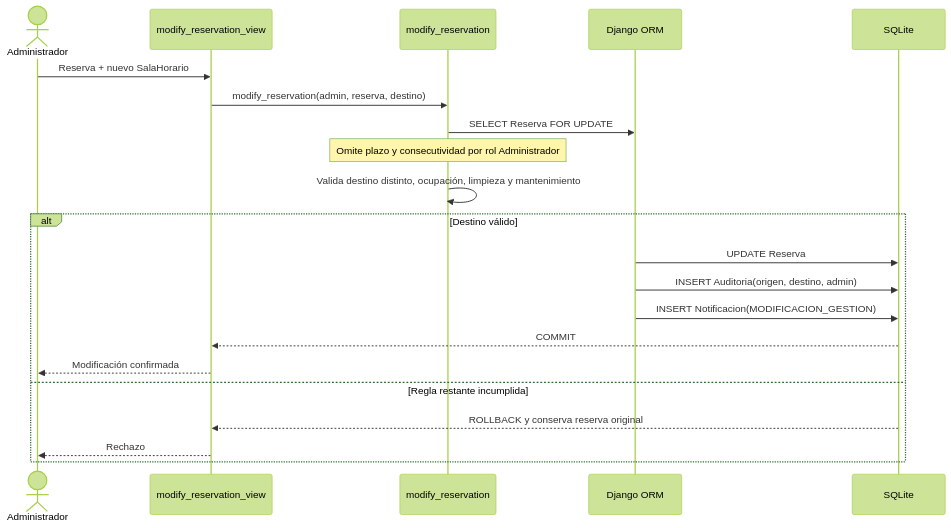
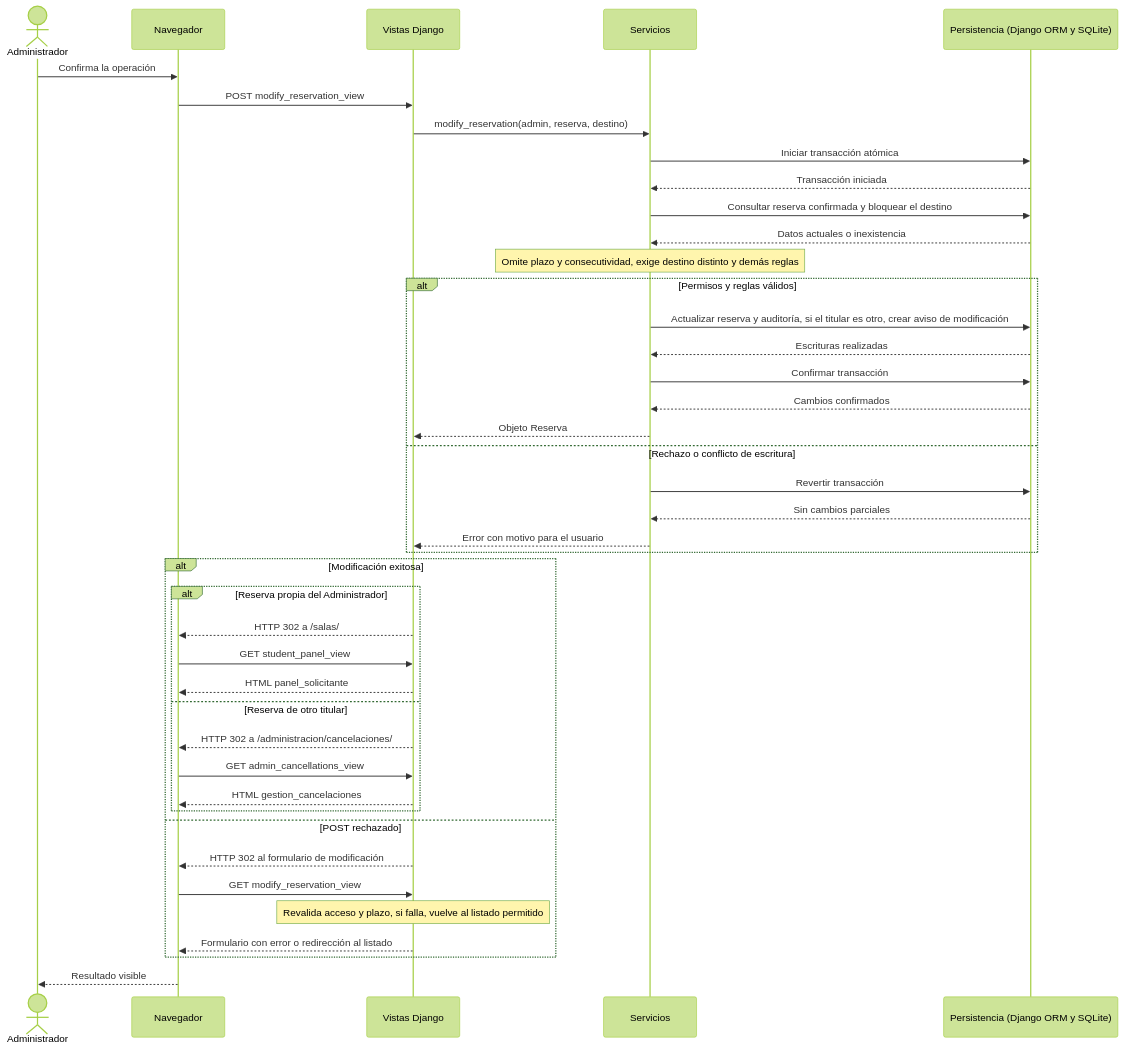
The ninth of 14 diagrams in docs/sesion-07-modelos.md (Sebas0032/SalaMandra), drawn with Mermaid (forest theme) before and after one commit. The commit also changed other lines of this file and 11 other files, not shown here.

Commit message:
Update architecture and test traceability documentation, reorganize use cases, fix diagrams, expand interaction flows, restore weekday-only reservations, consolidate redundant tests, and remove obsolete diagram images

````diff
--- a/docs/sesion-07-modelos.md
+++ b/docs/sesion-07-modelos.md
@@ -541,23 +605,44 @@
 ```mermaid
 sequenceDiagram
-    actor A as Administrador
-    participant V as modify_reservation_view
-    participant S as modify_reservation
-    participant ORM as Django ORM
-    participant DB as SQLite
-    A->>V: Reserva + nuevo SalaHorario
+    actor U as Administrador
+    participant B as Navegador
+    participant V as Vistas Django
+    participant S as Servicios
+    participant D as Persistencia (Django ORM y SQLite)
+    U->>B: Confirma la operación
+    B->>V: POST modify_reservation_view
     V->>S: modify_reservation(admin, reserva, destino)
-    S->>ORM: SELECT Reserva FOR UPDATE
-    Note over S: Omite plazo y consecutividad por rol Administrador
-    S->>S: Valida destino distinto, ocupación, limpieza y mantenimiento
-    alt Destino válido
-        ORM->>DB: UPDATE Reserva
-        ORM->>DB: INSERT Auditoria(origen, destino, admin)
-        ORM->>DB: INSERT Notificacion(MODIFICACION_GESTION)
-        DB-->>V: COMMIT
-        V-->>A: Modificación confirmada
-    else Regla restante incumplida
-        DB-->>V: ROLLBACK y conserva reserva original
-        V-->>A: Rechazo
+    S->>D: Iniciar transacción atómica
+    D-->>S: Transacción iniciada
+    S->>D: Consultar reserva confirmada y bloquear el destino
+    D-->>S: Datos actuales o inexistencia
+    Note over S: Omite plazo y consecutividad, exige destino distinto y demás reglas
+    alt Permisos y reglas válidos
+        S->>D: Actualizar reserva y auditoría, si el titular es otro, crear aviso de modificación
+        D-->>S: Escrituras realizadas
+        S->>D: Confirmar transacción
+        D-->>S: Cambios confirmados
+        S-->>V: Objeto Reserva
+    else Rechazo o conflicto de escritura
+        S->>D: Revertir transacción
+        D-->>S: Sin cambios parciales
+        S-->>V: Error con motivo para el usuario
     end
+    alt Modificación exitosa
+        alt Reserva propia del Administrador
+            V-->>B: HTTP 302 a /salas/
+            B->>V: GET student_panel_view
+            V-->>B: HTML panel_solicitante
+        else Reserva de otro titular
+            V-->>B: HTTP 302 a /administracion/cancelaciones/
+            B->>V: GET admin_cancellations_view
+            V-->>B: HTML gestion_cancelaciones
+        end
+    else POST rechazado
+        V-->>B: HTTP 302 al formulario de modificación
+        B->>V: GET modify_reservation_view
+        Note over V: Revalida acceso y plazo, si falla, vuelve al listado permitido
+        V-->>B: Formulario con error o redirección al listado
+    end
+    B-->>U: Resultado visible
 ```
````
